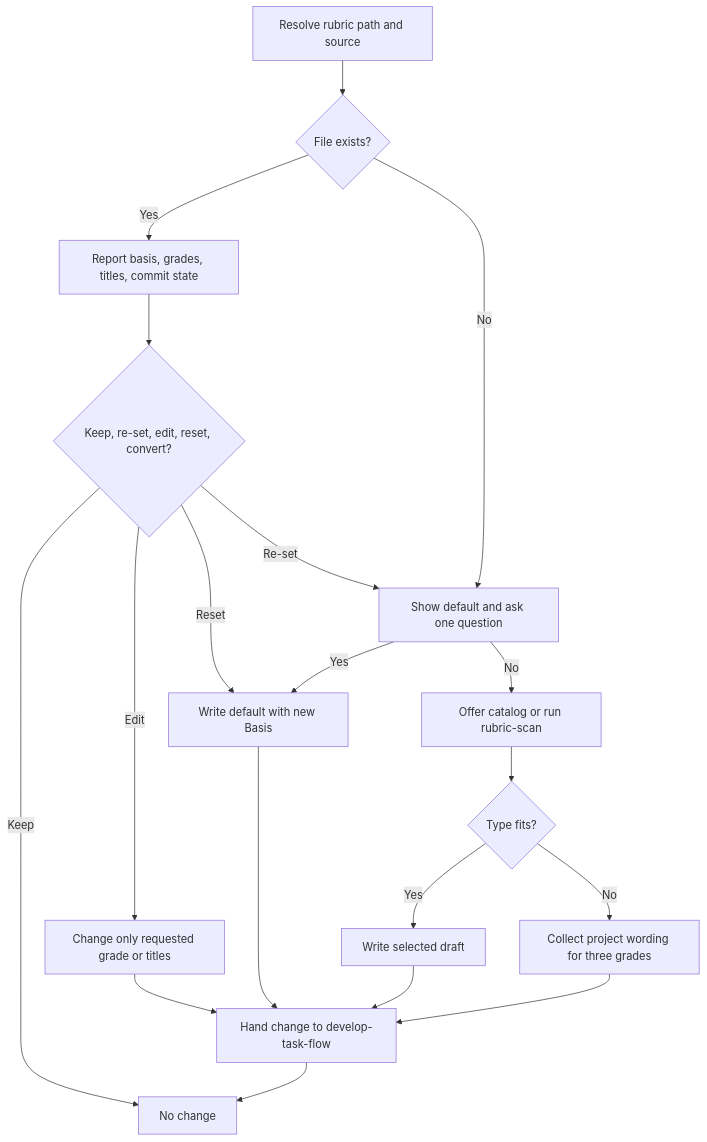
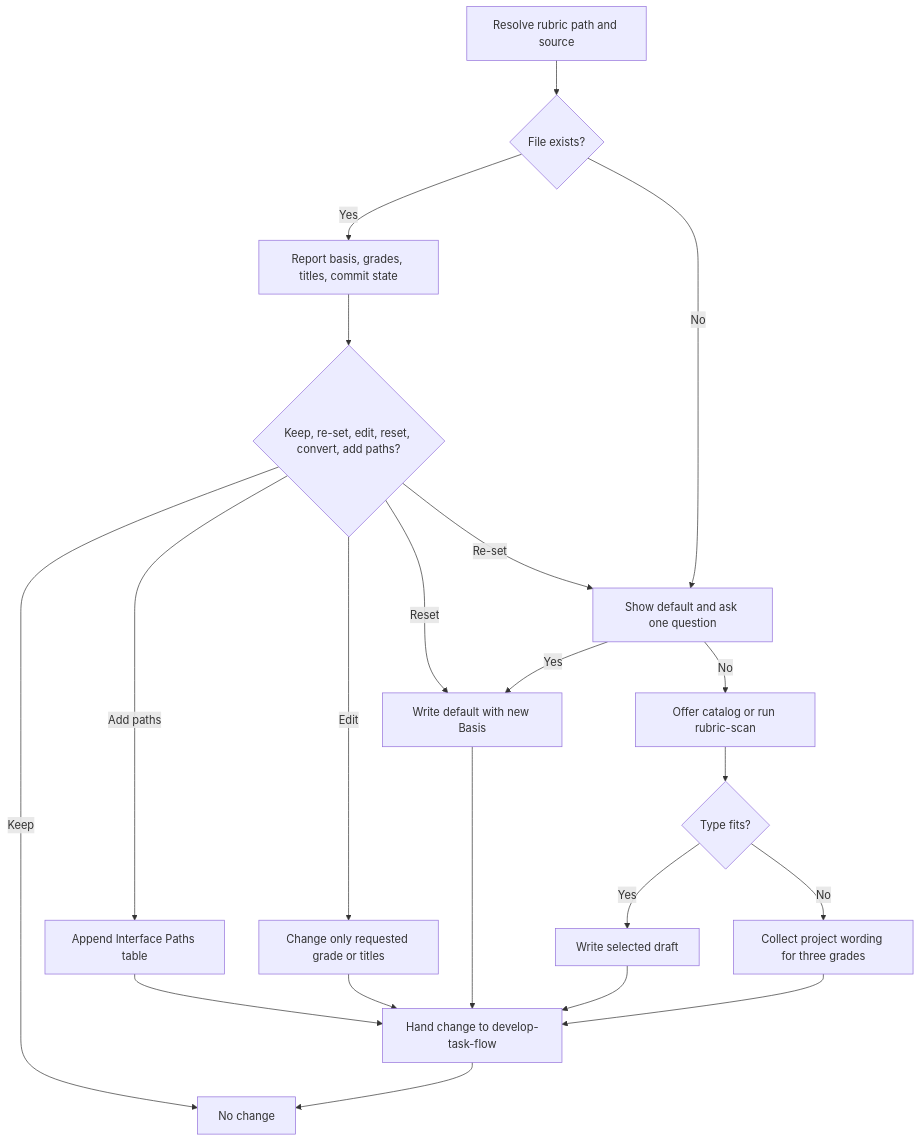
The diagram in docs/en/skills/version-rubric.md (0x0w1/jig), drawn with Mermaid before and after one commit. The commit also changed other lines of this file and 123 other files, not shown here.

````diff
--- a/docs/en/skills/version-rubric.md
+++ b/docs/en/skills/version-rubric.md
@@ -28,21 +28,23 @@
 ```mermaid
 flowchart TD
     Resolve[Resolve rubric path and source] --> Exists{File exists?}
     Exists -- Yes --> Review[Report basis, grades, titles, commit state]
-    Review --> Intent{Keep, re-set, edit, reset, convert?}
+    Review --> Intent{Keep, re-set, edit, reset, convert, add paths?}
     Intent -- Keep --> Report[No change]
     Intent -- Edit --> Edit[Change only requested grade or titles]
+    Intent -- Add paths --> Paths[Append Interface Paths table]
     Intent -- Re-set --> Offer[Show default and ask one question]
     Intent -- Reset --> Default[Write default with new Basis]
     Exists -- No --> Offer
     Offer -- Yes --> Default
     Offer -- No --> Catalog[Offer catalog or run rubric-scan]
     Catalog --> Fit{Type fits?}
     Fit -- Yes --> Adopt[Write selected draft]
     Fit -- No --> Custom[Collect project wording for three grades]
-    Edit --> Commit[Hand change to develop-task-flow]
+    Paths --> Commit[Hand change to develop-task-flow]
+    Edit --> Commit
     Default --> Commit
     Adopt --> Commit
     Custom --> Commit
     Commit --> Report
 ```
````
